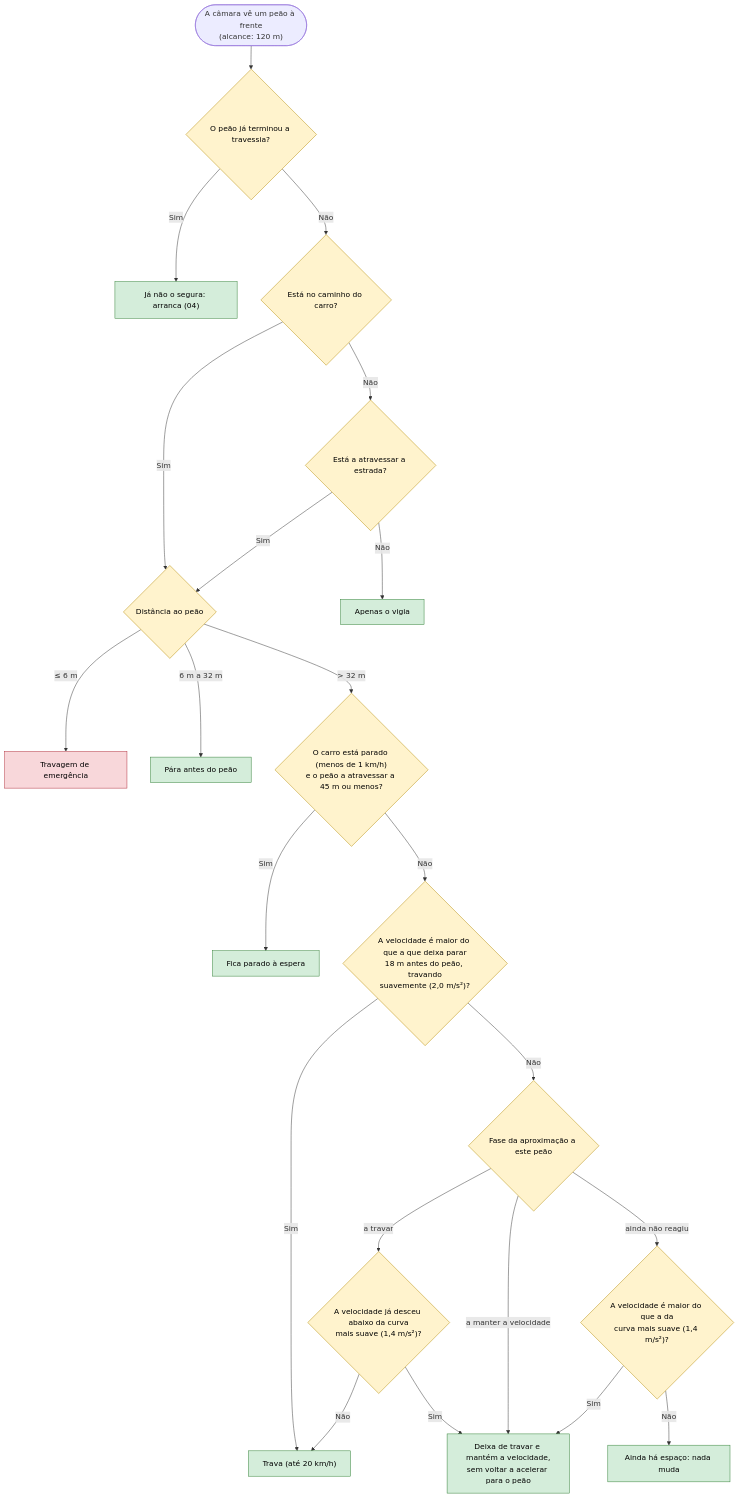
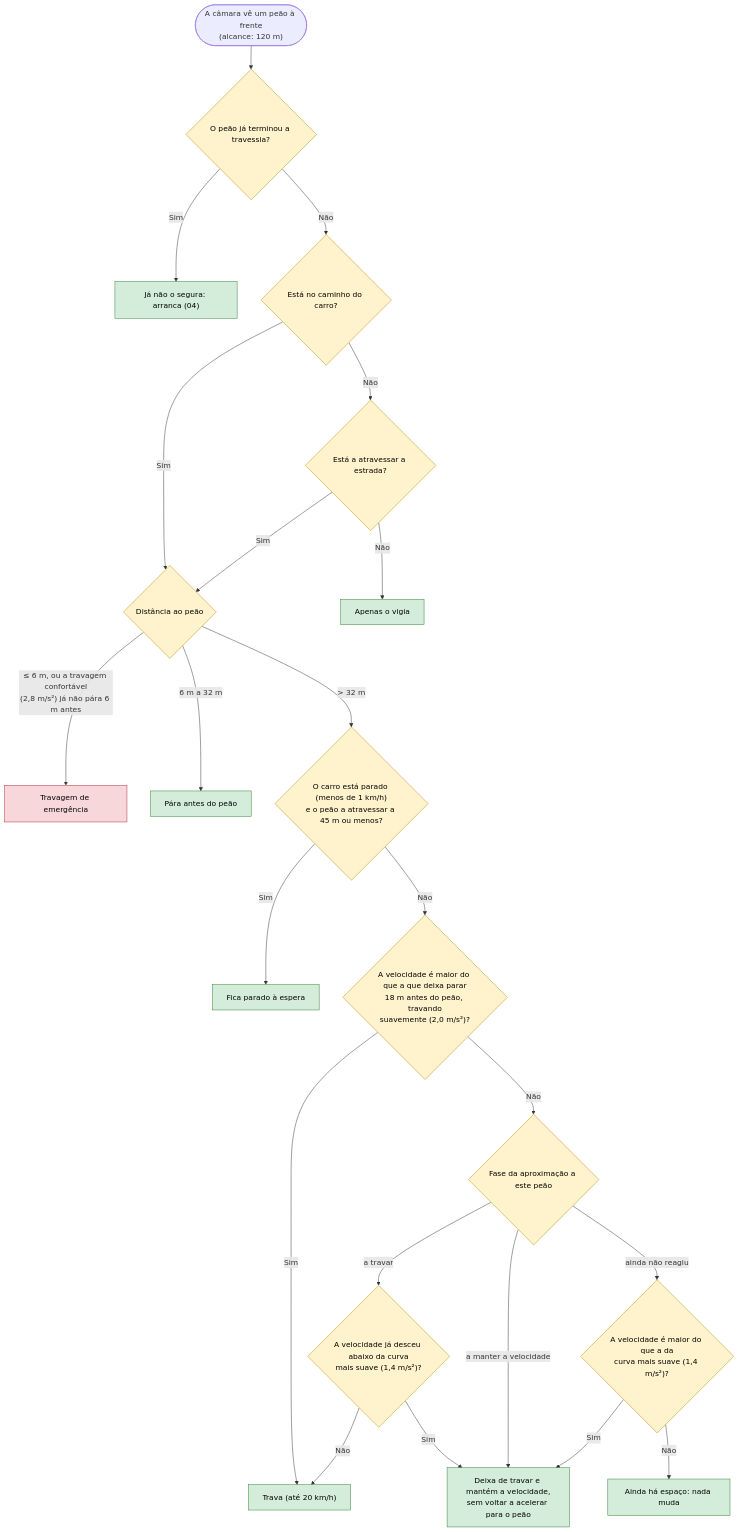
Before and after one commit to 1-2Drive/projeto-1: the diagram in docs/fluxogramas/fluxogramas_apresentar/08-peoes.md, drawn with Mermaid. The commit also changed other lines of this file and 3 other files, not shown here.

````diff
--- a/docs/fluxogramas/fluxogramas_apresentar/08-peoes.md
+++ b/docs/fluxogramas/fluxogramas_apresentar/08-peoes.md
@@ -7,31 +7,31 @@
 ```mermaid
 flowchart TD
     S(["A câmara vê um peão à frente<br/>(alcance: 120 m)"]) --> Q0{"O peão já terminou a travessia?"}
     Q0 -- "Sim" --> A5["Já não o segura: arranca (04)"]
     Q0 -- "Não" --> Q1{"Está no caminho do carro?"}
     Q1 -- "Sim" --> Q3
     Q1 -- "Não" --> Q2{"Está a atravessar a estrada?"}
     Q2 -- "Não" --> A0["Apenas o vigia"]
     Q2 -- "Sim" --> Q3{"Distância ao peão"}
-    Q3 -- "≤ 6 m" --> A3["Travagem de emergência"]
+    Q3 -- "≤ 6 m, ou a travagem confortável<br/>(2,8 m/s²) já não pára 6 m antes" --> A3["Travagem de emergência"]
     Q3 -- "6 m a 32 m" --> A2["Pára antes do peão"]
     Q3 -- "> 32 m" --> Q4{"O carro está parado (menos de 1 km/h)<br/>e o peão a atravessar a 45 m ou menos?"}
     Q4 -- "Sim" --> A4["Fica parado à espera"]
     Q4 -- "Não" --> Q5{"A velocidade é maior do que a que deixa parar<br/>18 m antes do peão, travando<br/>suavemente (2,0 m/s²)?"}
     Q5 -- "Sim" --> A1["Trava (até 20 km/h)"]
     Q5 -- "Não" --> Q6{"Fase da aproximação a este peão"}
     Q6 -- "a travar" --> Q7{"A velocidade já desceu abaixo da curva<br/>mais suave (1,4 m/s²)?"}
     Q7 -- "Não" --> A1
     Q7 -- "Sim" --> A1b["Deixa de travar e mantém a velocidade,<br/>sem voltar a acelerar para o peão"]
     Q6 -- "a manter a velocidade" --> A1b
     Q6 -- "ainda não reagiu" --> Q8{"A velocidade é maior do que a da<br/>curva mais suave (1,4 m/s²)?"}
     Q8 -- "Sim" --> A1b
     Q8 -- "Não" --> A6["Ainda há espaço: nada muda"]
 
     classDef dec fill:#fff3cd,stroke:#b58900,color:#000
     classDef acao fill:#d4edda,stroke:#2e7d32,color:#000
     classDef forte fill:#f8d7da,stroke:#b02a37,color:#000
     class Q0,Q1,Q2,Q3,Q4,Q5,Q6,Q7,Q8 dec
     class A0,A1,A1b,A2,A4,A5,A6 acao
     class A3 forte
 ```
````
